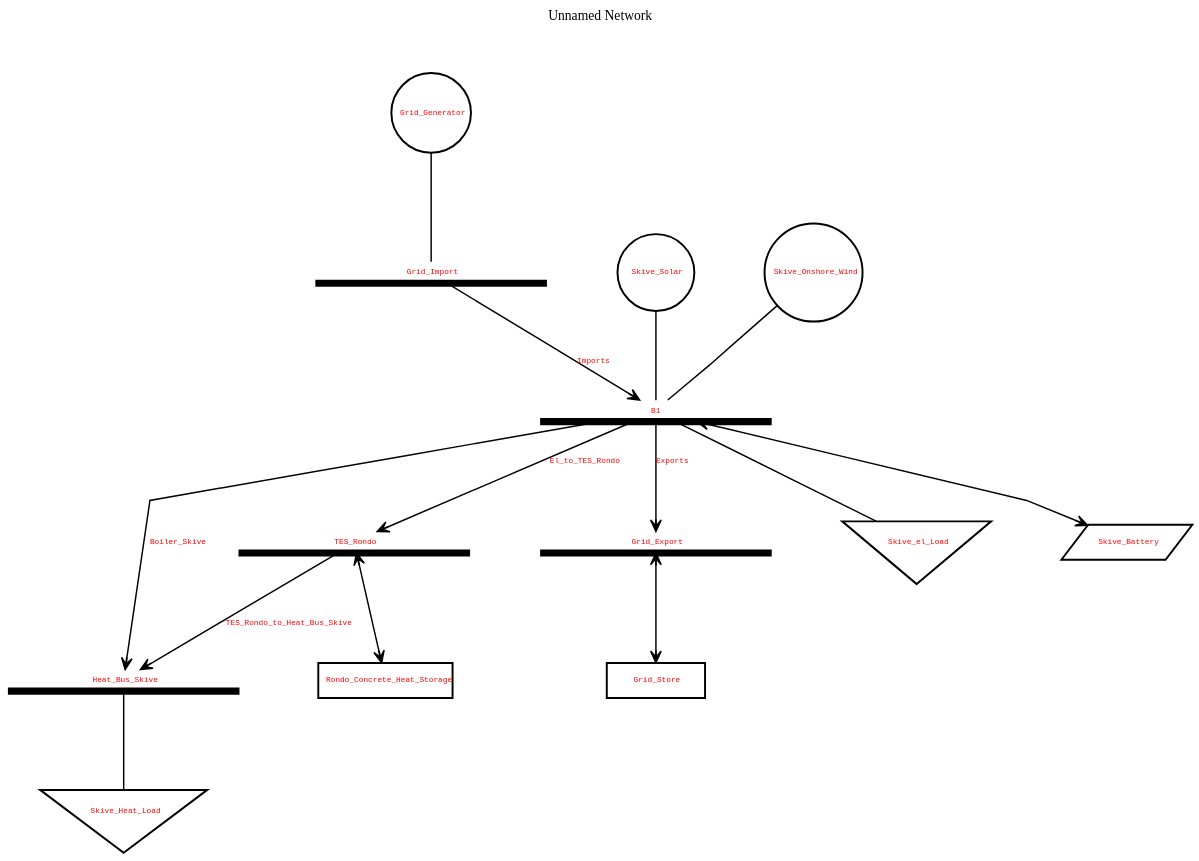
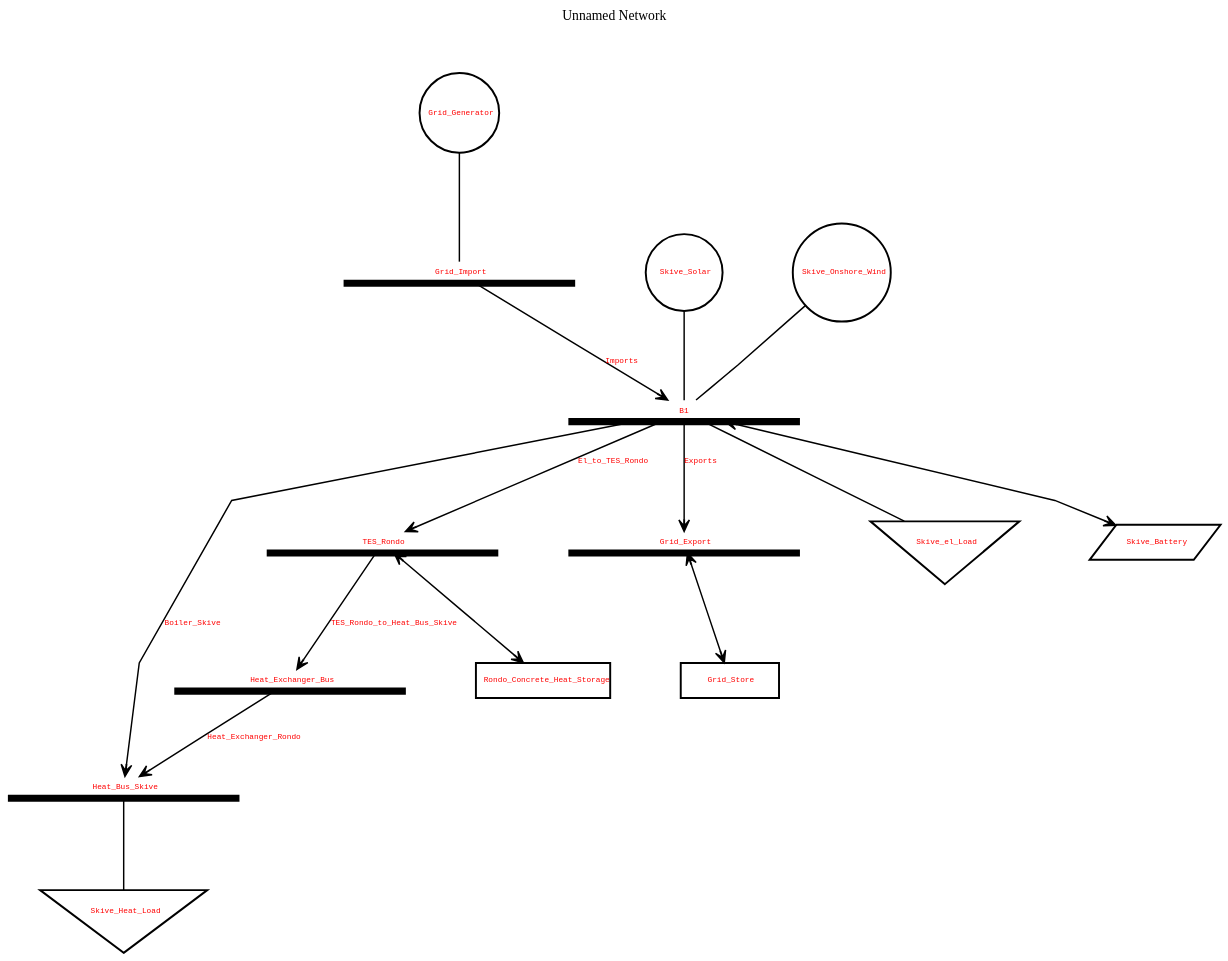
Before and after one commit to pulio12/Msc_Thesis_Greenlab_Skive: the diagram in topography.dot, drawn with Graphviz.

```diff
--- a/topography.dot
+++ b/topography.dot
@@ -1,6 +1,6 @@
 //
 
-// Generated by PyPSATopo version 1.1.1 (on the 2025/12/05 at 11:29:46) using the following parameters: 
+// Generated by PyPSATopo version 1.1.1 (on the 2025/12/06 at 17:48:54) using the following parameters: 
 
 //
 
@@ -64,12 +64,12 @@
            "
 
    tooltip = "Network: Unnamed Network
-Buses: 5 (out of 5)
+Buses: 6 (out of 6)
 Generators: 3 (out of 3)
 Loads: 2 (out of 2)
 Stores: 2 (out of 2)
 Storage units: 1 (out of 1)
-Links: 5 (out of 5)
+Links: 6 (out of 6)
 Lines: 0 (out of 0)
 Snapshots: 8735"
 
@@ -87,7 +87,7 @@
 
 
 
-   // buses (5)
+   // buses (6)
 
    "B1 (bus)" [label = <<font color = "red">B1</font>>, tooltip = "Bus: B1
 Carrier: electricity
@@ -100,7 +100,7 @@
 Outgoing links: 3
 Lines: 0
 
-Power time series: [0.00, 0.00, 0.00, 0.00, 0.00, ...] ", shape = "underline", width = 3.30, height = 0.30, style = "setlinewidth(7.30)", color = "black"]
+Power time series: [0.00, 0.00, -0.00, 0.00, 0.00, ...] ", shape = "underline", width = 3.30, height = 0.30, style = "setlinewidth(7.30)", color = "black"]
 
    "Heat_Bus_Skive (bus)" [label = <<font color = "red">Heat_Bus_Skive</font>>, tooltip = "Bus: Heat_Bus_Skive
 Carrier: heat
@@ -121,6 +121,19 @@
 Generators: 0
 Loads: 0
 Stores: 1
+Storage units: 0
+Incoming links: 1
+Outgoing links: 1
+Lines: 0
+
+Power time series: [0.00, 0.00, 0.00, 0.00, 0.00, ...] ", shape = "underline", width = 3.30, height = 0.30, style = "setlinewidth(7.30)", color = "black"]
+
+   "Heat_Exchanger_Bus (bus)" [label = <<font color = "red">Heat_Exchanger_Bus</font>>, tooltip = "Bus: Heat_Exchanger_Bus
+Carrier: heat
+Unit: 
+Generators: 0
+Loads: 0
+Stores: 0
 Storage units: 0
 Incoming links: 1
 Outgoing links: 1
@@ -222,12 +235,12 @@
 Nominal energy: 100.00 h
 Power set: 0.00 
 Cyclic energy: True
-Capital cost: 0.00 currency/
+Capital cost: 1936.57 currency/
 Marginal cost: 0.00 currency/h
 
 Optimised nominal energy: 100.00 h
-Energy time series: [2.26, 0.97, 0.00, 0.00, 6.86, ...] h
-Power time series: [-2.26, 1.26, 0.96, 0.00, -6.86, ...] ", shape = "box", width = 1.40, style = "setlinewidth(2.00)", color = "black"]   "TES_Rondo (bus)" -> "Rondo_Concrete_Heat_Storage (store)" [style = "setlinewidth(1.50)", color = "black", arrowhead = "vee", arrowtail = "vee", arrowsize = 1.20, dir = "both"]
+Energy time series: [0.00, 0.00, 0.00, 0.00, 0.00, ...] h
+Power time series: [0.00, 0.00, 0.00, 0.00, 0.00, ...] ", shape = "box", width = 1.40, style = "setlinewidth(2.00)", color = "black"]   "TES_Rondo (bus)" -> "Rondo_Concrete_Heat_Storage (store)" [style = "setlinewidth(1.50)", color = "black", arrowhead = "vee", arrowtail = "vee", arrowsize = 1.20, dir = "both"]
 
    "Grid_Store (store)" [label = <<font color = "red">Grid_Store</font>>, tooltip = "Store: Grid_Store
 Bus: Grid_Export
@@ -239,9 +252,9 @@
 Capital cost: 0.00 currency/
 Marginal cost: 0.00 currency/h
 
-Optimised nominal energy: 84725.10 h
-Energy time series: [0.00, 0.00, 0.00, 0.00, 0.00, ...] h
-Power time series: [0.00, 0.00, 0.00, 0.00, 0.00, ...] ", shape = "box", width = 1.40, style = "setlinewidth(2.00)", color = "black"]   "Grid_Export (bus)" -> "Grid_Store (store)" [style = "setlinewidth(1.50)", color = "black", arrowhead = "vee", arrowtail = "vee", arrowsize = 1.20, dir = "both"]
+Optimised nominal energy: 83779.70 h
+Energy time series: [2.24, 2.24, 2.24, 2.24, 2.24, ...] h
+Power time series: [-2.24, 0.00, 0.00, 0.00, 0.00, ...] ", shape = "box", width = 1.40, style = "setlinewidth(2.00)", color = "black"]   "Grid_Export (bus)" -> "Grid_Store (store)" [style = "setlinewidth(1.50)", color = "black", arrowhead = "vee", arrowtail = "vee", arrowsize = 1.20, dir = "both"]
 
 
 
@@ -258,11 +271,11 @@
 Marginal cost: 0.00 currency/h
 
 Optimised nominal power: 22.00 
-Power time series: [-22.00, -22.00, -17.27, -12.37, -2.13, ...] ", shape = "parallelogram", width = 1.80, style = "setlinewidth(2.00)", color = "black"]   "B1 (bus)" -> "Skive_Battery (storage unit)" [style = "setlinewidth(1.50)", color = "black", arrowhead = "vee", arrowtail = "vee", arrowsize = 1.20, dir = "both"]
+Power time series: [-22.00, -20.74, -16.31, -12.37, -9.13, ...] ", shape = "parallelogram", width = 1.80, style = "setlinewidth(2.00)", color = "black"]   "B1 (bus)" -> "Skive_Battery (storage unit)" [style = "setlinewidth(1.50)", color = "black", arrowhead = "vee", arrowtail = "vee", arrowsize = 1.20, dir = "both"]
 
 
 
-   // links (5)
+   // links (6)
 
    "B1 (bus)" -> "Heat_Bus_Skive (bus)" [label = <<font color = "red">Boiler_Skive</font>>, tooltip = "Link: Boiler_Skive
 From: B1 (bus0)
@@ -275,8 +288,8 @@
 Marginal cost: 0.00 currency/MWh
 
 Optimised nominal power: 10.00 MW
-Power time series (p0): [5.56, 4.30, 4.60, 5.56, 5.56, ...] MW
-Power time series (p1): [-5.00, -3.87, -4.14, -5.00, -5.00, ...] MW", style = "setlinewidth(1.50)", color = "black", arrowhead = "vee", arrowsize = 1.20]
+Power time series (p0): [5.56, 5.56, 5.56, 5.56, 5.56, ...] MW
+Power time series (p1): [-5.00, -5.00, -5.00, -5.00, -5.00, ...] MW", style = "setlinewidth(1.50)", color = "black", arrowhead = "vee", arrowsize = 1.20]
 
    "B1 (bus)" -> "TES_Rondo (bus)" [label = <<font color = "red">El_to_TES_Rondo</font>>, tooltip = "Link: El_to_TES_Rondo
 From: B1 (bus0)
@@ -289,8 +302,8 @@
 Marginal cost: 0.00 currency/MWh
 
 Optimised nominal power: 20.00 MW
-Power time series (p0): [2.30, 0.00, 0.00, 0.00, 7.00, ...] MW
-Power time series (p1): [-2.26, -0.00, -0.00, -0.00, -6.86, ...] MW", style = "setlinewidth(1.50)", color = "black", arrowhead = "vee", arrowsize = 1.20]
+Power time series (p0): [0.00, 0.00, 0.00, 0.00, 0.00, ...] MW
+Power time series (p1): [-0.00, -0.00, -0.00, -0.00, -0.00, ...] MW", style = "setlinewidth(1.50)", color = "black", arrowhead = "vee", arrowsize = 1.20]
 
    "B1 (bus)" -> "Grid_Export (bus)" [label = <<font color = "red">Exports</font>>, tooltip = "Link: Exports
 From: B1 (bus0)
@@ -303,12 +316,12 @@
 Marginal cost: [-19.52, -16.75, -14.65, -15.05, -12.37, ...] currency/MWh
 
 Optimised nominal power: 70.44 MW
-Power time series (p0): [0.00, 0.00, 0.00, 0.00, 0.00, ...] MW
-Power time series (p1): [-0.00, -0.00, -0.00, -0.00, -0.00, ...] MW", style = "setlinewidth(1.50)", color = "black", arrowhead = "vee", arrowsize = 1.20]
+Power time series (p0): [2.30, 0.00, 0.00, 0.00, 0.00, ...] MW
+Power time series (p1): [-2.24, -0.00, -0.00, -0.00, -0.00, ...] MW", style = "setlinewidth(1.50)", color = "black", arrowhead = "vee", arrowsize = 1.20]
 
-   "TES_Rondo (bus)" -> "Heat_Bus_Skive (bus)" [label = <<font color = "red">TES_Rondo_to_Heat_Bus_Skive</font>>, tooltip = "Link: TES_Rondo_to_Heat_Bus_Skive
+   "TES_Rondo (bus)" -> "Heat_Exchanger_Bus (bus)" [label = <<font color = "red">TES_Rondo_to_Heat_Bus_Skive</font>>, tooltip = "Link: TES_Rondo_to_Heat_Bus_Skive
 From: TES_Rondo (bus0)
-To: Heat_Bus_Skive (bus1)
+To: Heat_Exchanger_Bus (bus1)
 Carrier: heat
 Extendable nominal power: False
 Nominal power: 7.00 MW
@@ -317,8 +330,22 @@
 Marginal cost: 0.00 currency/MWh
 
 Optimised nominal power: 7.00 MW
-Power time series (p0): [0.00, 1.26, 0.96, 0.00, 0.00, ...] MW
-Power time series (p1): [-0.00, -1.13, -0.86, -0.00, -0.00, ...] MW", style = "setlinewidth(1.50)", color = "black", arrowhead = "vee", arrowsize = 1.20]
+Power time series (p0): [0.00, 0.00, 0.00, 0.00, 0.00, ...] MW
+Power time series (p1): [-0.00, -0.00, -0.00, -0.00, -0.00, ...] MW", style = "setlinewidth(1.50)", color = "black", arrowhead = "vee", arrowsize = 1.20]
+
+   "Heat_Exchanger_Bus (bus)" -> "Heat_Bus_Skive (bus)" [label = <<font color = "red">Heat_Exchanger_Rondo</font>>, tooltip = "Link: Heat_Exchanger_Rondo
+From: Heat_Exchanger_Bus (bus0)
+To: Heat_Bus_Skive (bus1)
+Carrier: heat
+Extendable nominal power: True
+Nominal power: 0.00 MW
+Efficiency: 0.80
+Capital cost: 0.00 currency/MW
+Marginal cost: 0.00 currency/MWh
+
+Optimised nominal power: 6.25 MW
+Power time series (p0): [0.00, 0.00, 0.00, 0.00, 0.00, ...] MW
+Power time series (p1): [-0.00, -0.00, -0.00, -0.00, -0.00, ...] MW", style = "setlinewidth(1.50)", color = "black", arrowhead = "vee", arrowsize = 1.20]
 
    "Grid_Import (bus)" -> "B1 (bus)" [label = <<font color = "red">Imports</font>>, tooltip = "Link: Imports
 From: Grid_Import (bus0)
```
